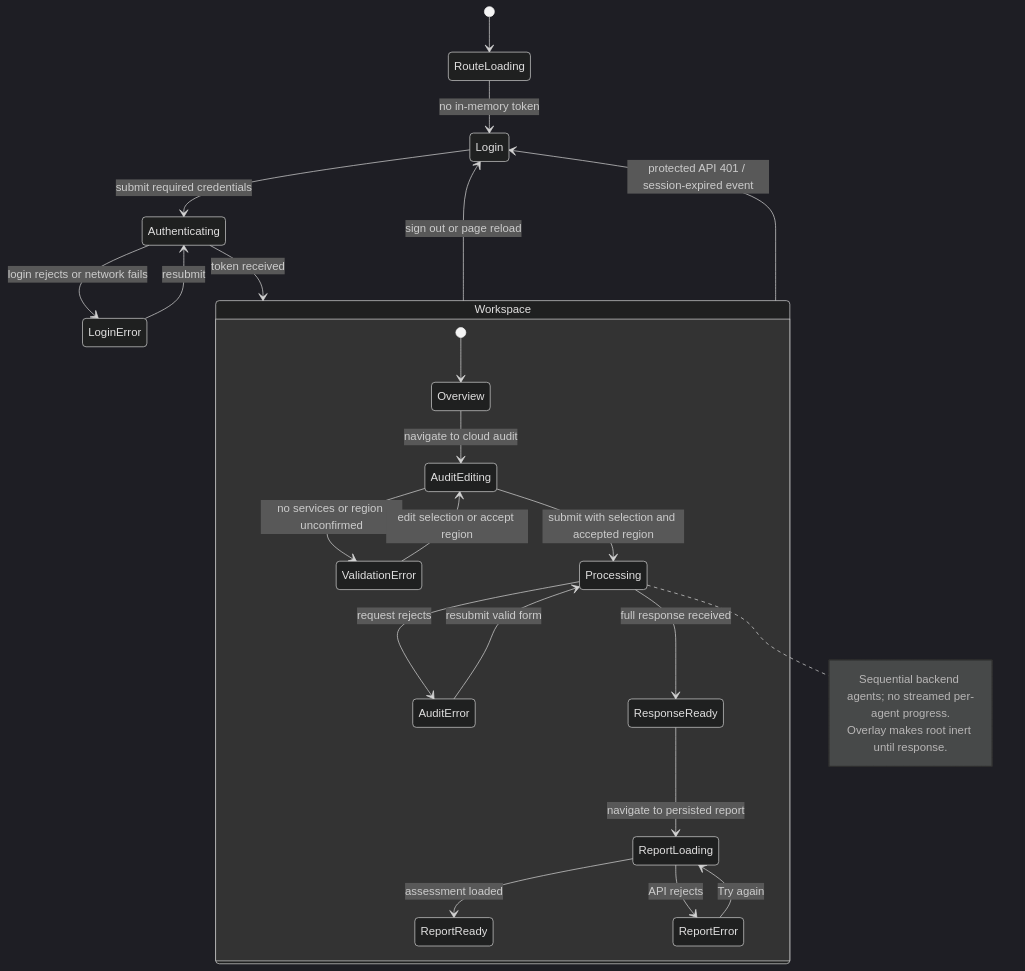
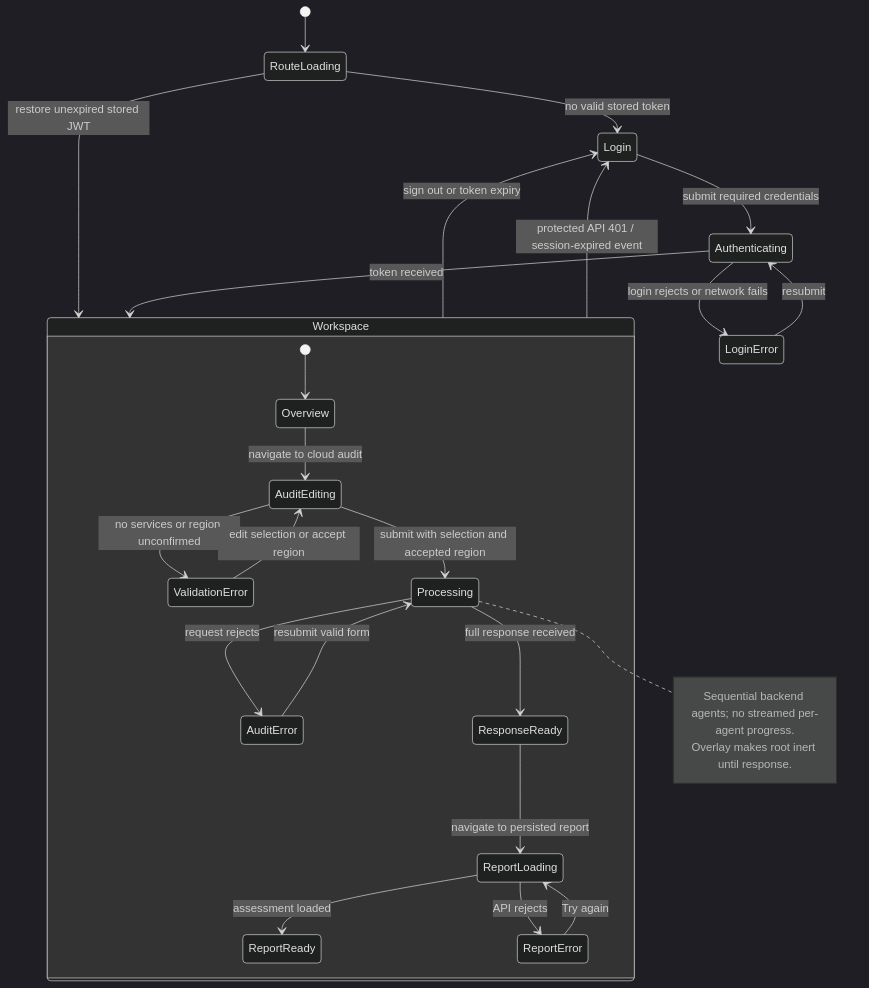
Before and after one commit to anubhavbuildz/indra-ai: the diagram in design/diagrams/frontend-state-machine.mmd, drawn with Mermaid (dark theme). The commit also changed 96 other files, not shown here.

```diff
--- a/design/diagrams/frontend-state-machine.mmd
+++ b/design/diagrams/frontend-state-machine.mmd
@@ -1,27 +1,28 @@
 stateDiagram-v2
   [*] --> RouteLoading
-  RouteLoading --> Login: no in-memory token
+  RouteLoading --> Login: no valid stored token
+  RouteLoading --> Workspace: restore unexpired stored JWT
   Login --> Authenticating: submit required credentials
   Authenticating --> LoginError: login rejects or network fails
   LoginError --> Authenticating: resubmit
   Authenticating --> Workspace: token received
-  Workspace --> Login: sign out or page reload
+  Workspace --> Login: sign out or token expiry
   Workspace --> Login: protected API 401 / session-expired event
   state Workspace {
     [*] --> Overview
     Overview --> AuditEditing: navigate to cloud audit
     AuditEditing --> ValidationError: no services or region unconfirmed
     ValidationError --> AuditEditing: edit selection or accept region
     AuditEditing --> Processing: submit with selection and accepted region
     Processing --> AuditError: request rejects
     AuditError --> Processing: resubmit valid form
     Processing --> ResponseReady: full response received
     ResponseReady --> ReportLoading: navigate to persisted report
     ReportLoading --> ReportReady: assessment loaded
     ReportLoading --> ReportError: API rejects
     ReportError --> ReportLoading: Try again
   }
   note right of Processing
     Sequential backend agents; no streamed per-agent progress.
     Overlay makes root inert until response.
   end note
```
